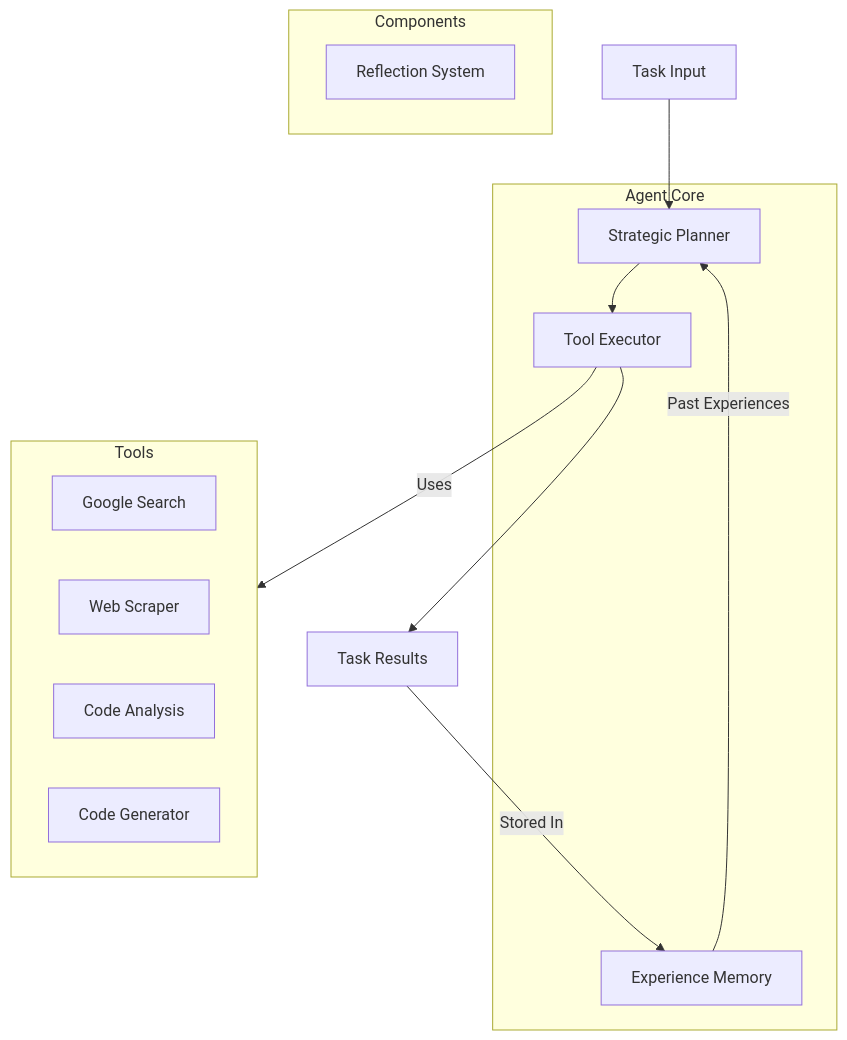
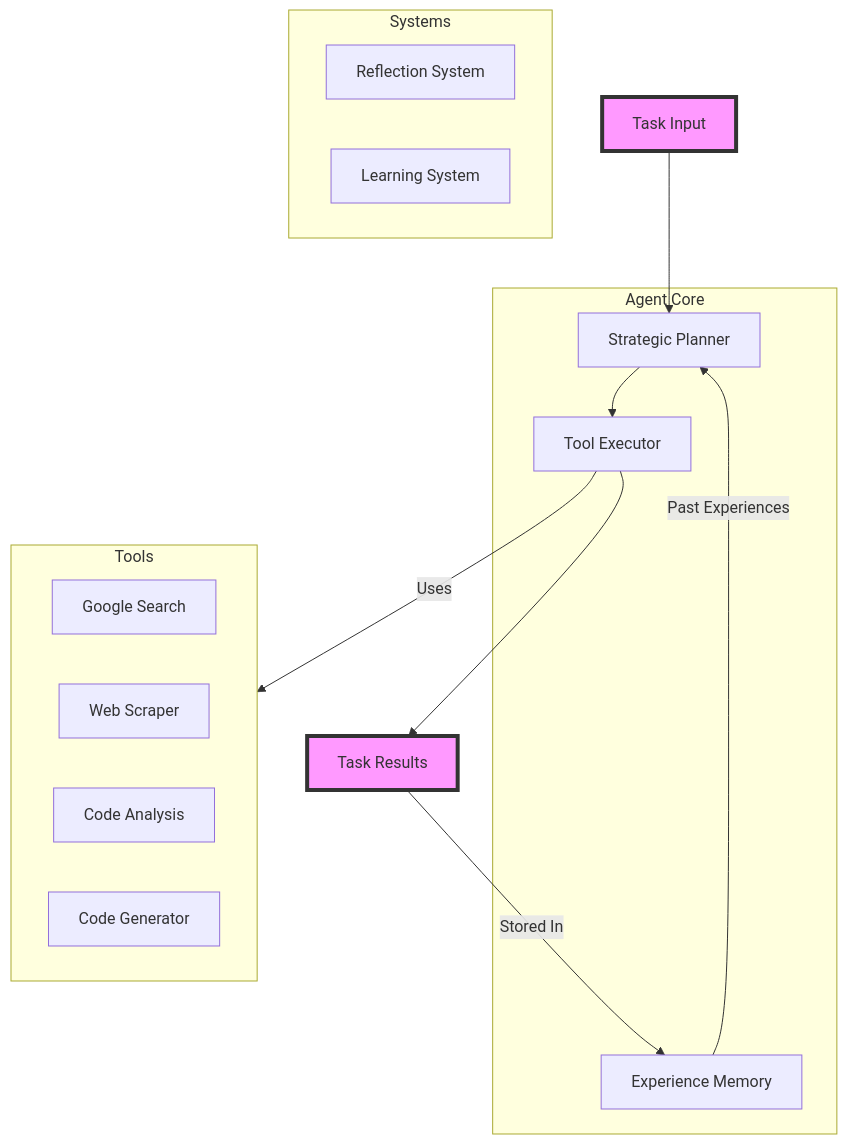
The diagram in README.md (ashioyajotham/web_research_agent), drawn with Mermaid before and after one commit. The commit also changed other lines of this file, not shown here.

````diff
--- a/README.md
+++ b/README.md
@@ -56,26 +51,30 @@
 ```mermaid
 graph TD
     Task[Task Input] --> Planner
     Planner --> Executor
     Memory -->|Past Experiences| Planner
     Executor -->|Uses| Tools
     Executor --> Results[Task Results]
     Results -->|Stored In| Memory
     
     subgraph Agent Core
         Planner[Strategic Planner]
         Executor[Tool Executor]
         Memory[Experience Memory]
     end
     
     subgraph Tools
         T1[Google Search]
         T2[Web Scraper]
         T3[Code Analysis]
         T4[Code Generator]
     end
     
-    subgraph Components
-        C1[Reflection System]
+    subgraph Systems
+        S1[Reflection System]
+        S2[Learning System]
     end
+
+    class Task,Results emphasis
+    classDef emphasis fill:#f9f,stroke:#333,stroke-width:4px
 ```
````
